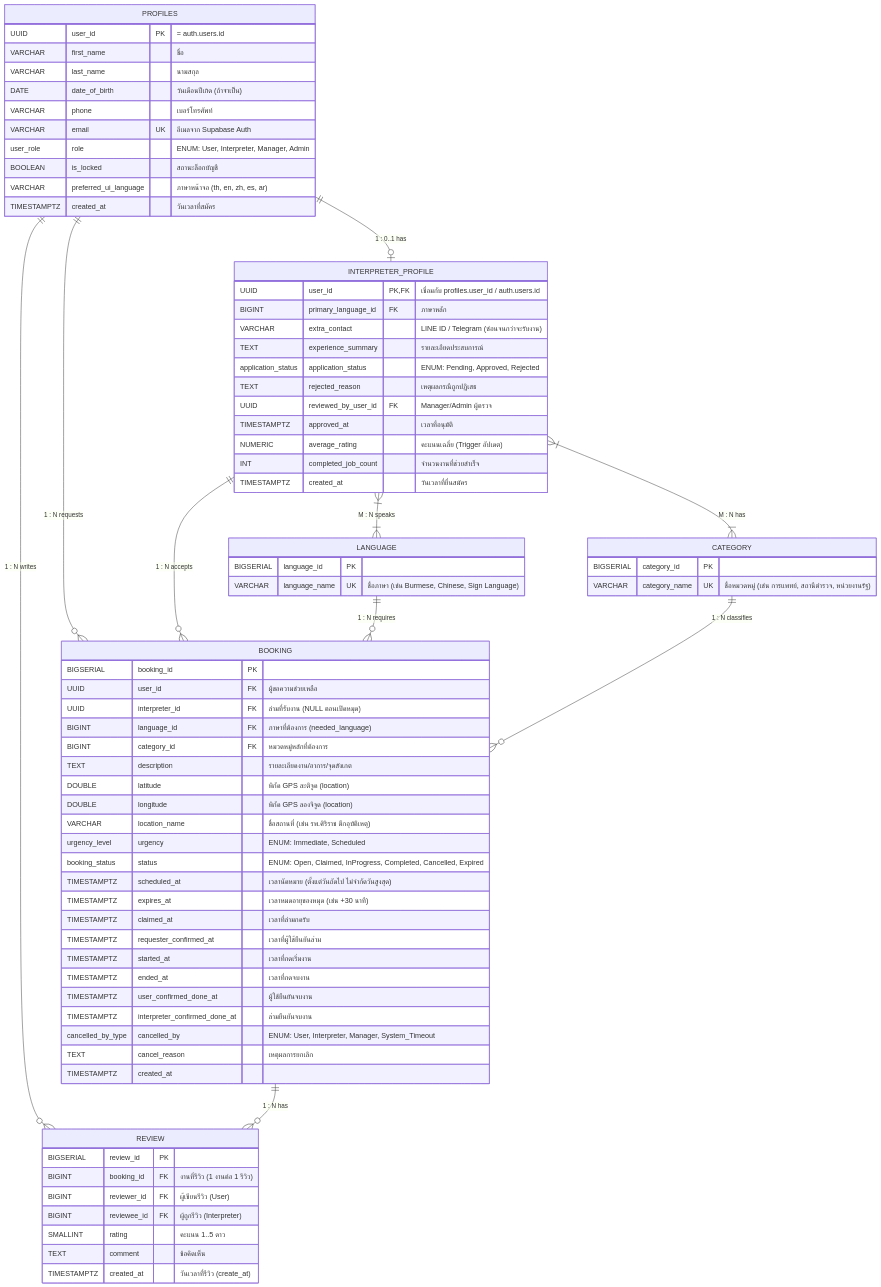
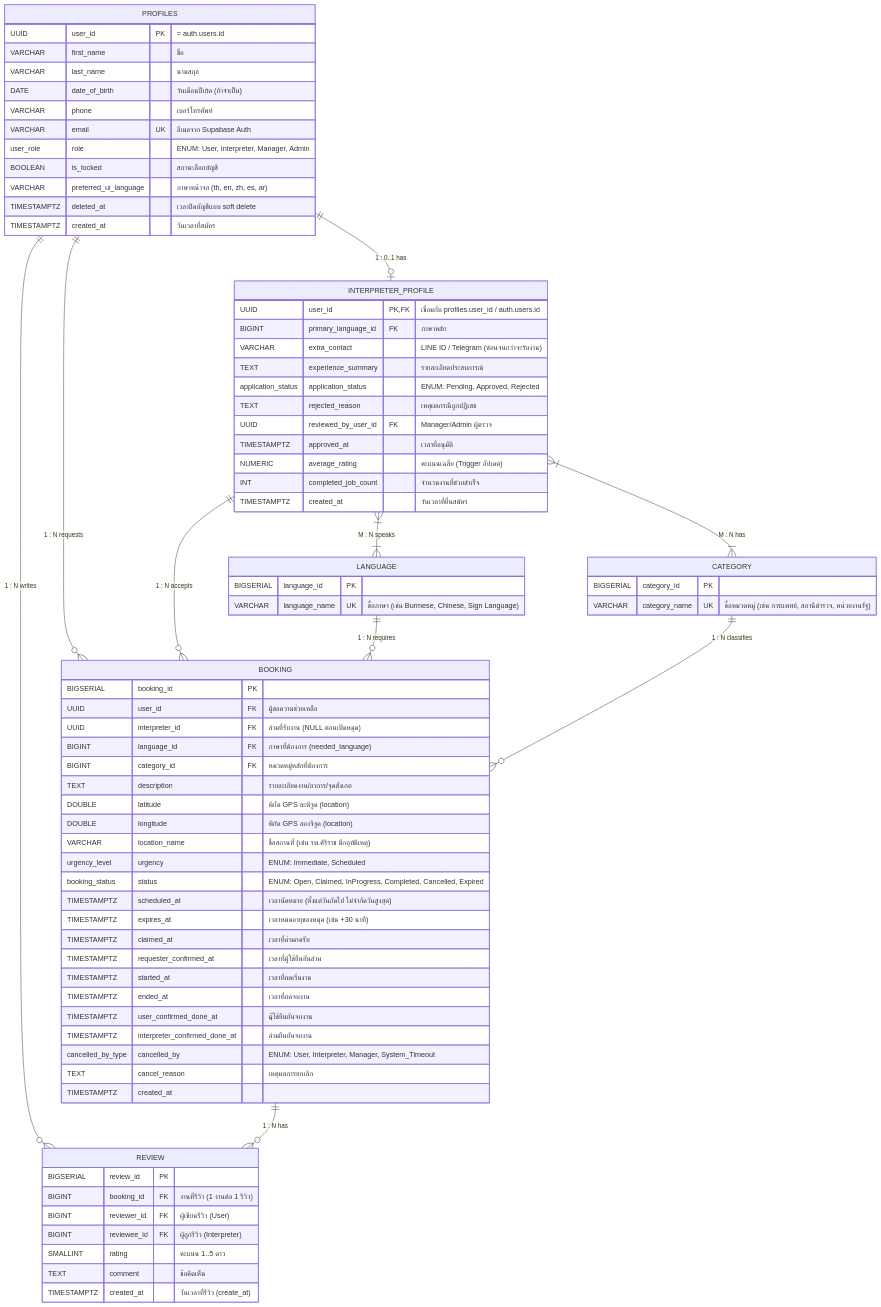
Before and after one commit to OnisawanO/khvi-helper: the second of 3 diagrams in detail.md, drawn with Mermaid. The commit also changed other lines of this file and 7 other files, not shown here.

```diff
--- a/detail.md
+++ b/detail.md
@@ -245,6 +245,7 @@
         user_role role "ENUM: User, Interpreter, Manager, Admin"
         BOOLEAN is_locked "สถานะล็อกบัญชี"
         VARCHAR preferred_ui_language "ภาษาหน้าจอ (th, en, zh, es, ar)"
+        TIMESTAMPTZ deleted_at "เวลาปิดบัญชีแบบ soft delete"
         TIMESTAMPTZ created_at "วันเวลาที่สมัคร"
     }
 
```
